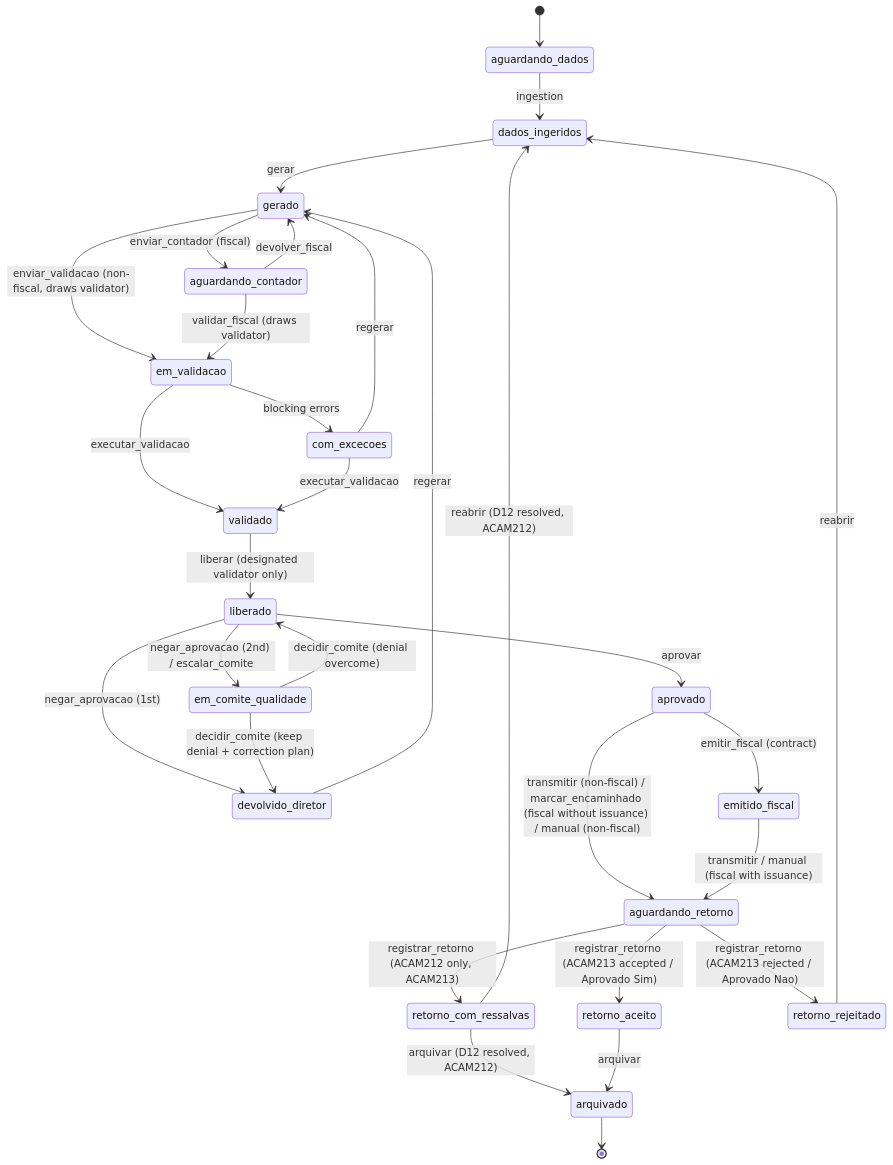
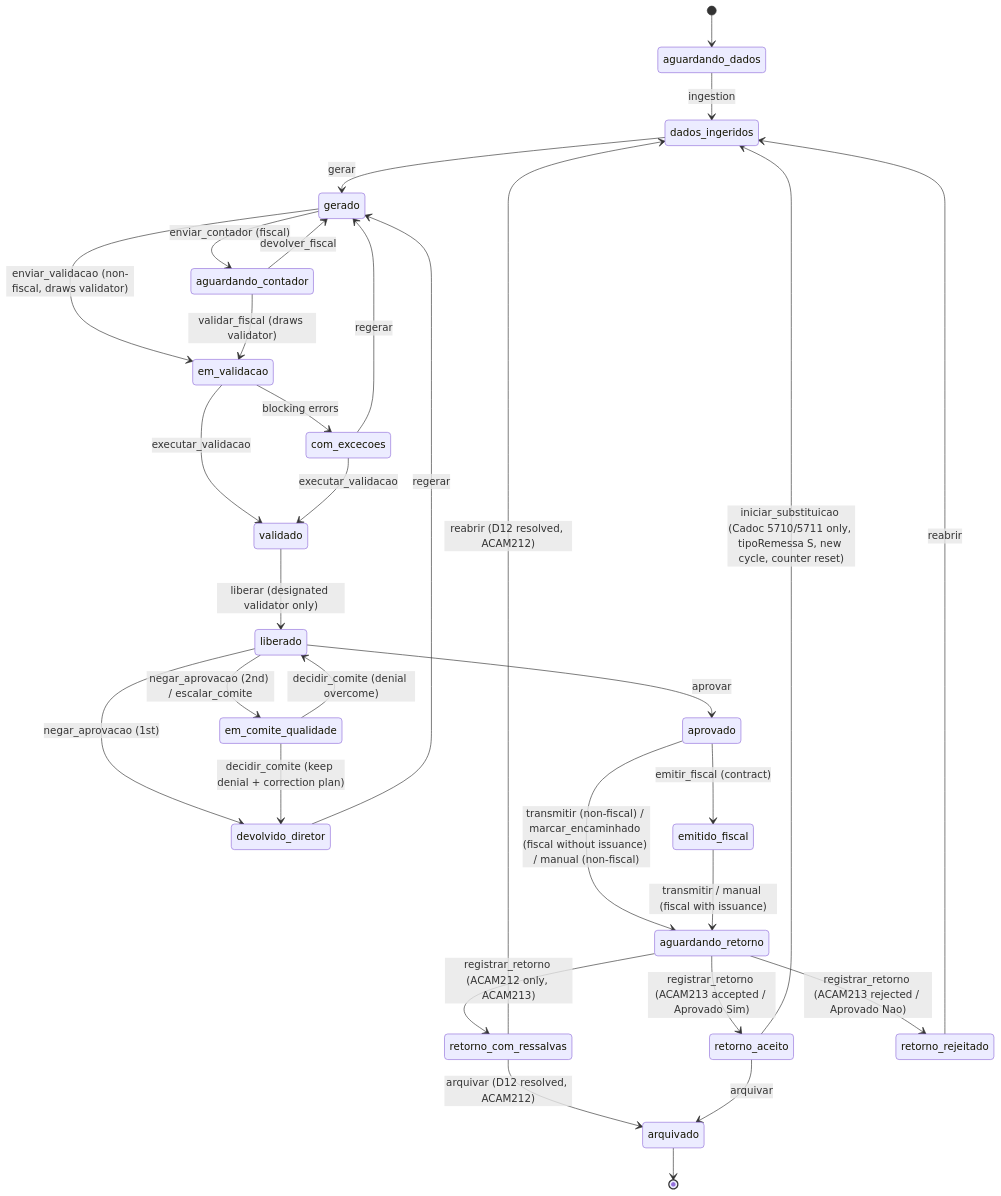
One commit to manucadev81/videnas-app changed the diagram in docs/backlog-front-approval-flow.md. Above: the diagram before and after it, drawn with Mermaid. The commit also changed other lines of this file and 22 other files, not shown here.

First line of the commit message:
feat: Cadoc substitution resets denial counter (D8) and readable labels in header, matrix and CSV

````diff
--- a/docs/backlog-front-approval-flow.md
+++ b/docs/backlog-front-approval-flow.md
@@ -154,32 +156,33 @@
 ```mermaid
 stateDiagram-v2
     [*] --> aguardando_dados
     aguardando_dados --> dados_ingeridos: ingestion
     dados_ingeridos --> gerado: gerar
     gerado --> em_validacao: enviar_validacao (non-fiscal, draws validator)
     gerado --> aguardando_contador: enviar_contador (fiscal)
     aguardando_contador --> em_validacao: validar_fiscal (draws validator)
     aguardando_contador --> gerado: devolver_fiscal
     em_validacao --> validado: executar_validacao
     em_validacao --> com_excecoes: blocking errors
     com_excecoes --> validado: executar_validacao
     com_excecoes --> gerado: regerar
     validado --> liberado: liberar (designated validator only)
     liberado --> aprovado: aprovar
     liberado --> devolvido_diretor: negar_aprovacao (1st)
     liberado --> em_comite_qualidade: negar_aprovacao (2nd) / escalar_comite
     devolvido_diretor --> gerado: regerar
     em_comite_qualidade --> devolvido_diretor: decidir_comite (keep denial + correction plan)
     em_comite_qualidade --> liberado: decidir_comite (denial overcome)
     aprovado --> emitido_fiscal: emitir_fiscal (contract)
     aprovado --> aguardando_retorno: transmitir (non-fiscal) / marcar_encaminhado (fiscal without issuance) / manual (non-fiscal)
     emitido_fiscal --> aguardando_retorno: transmitir / manual (fiscal with issuance)
     aguardando_retorno --> retorno_aceito: registrar_retorno (ACAM213 accepted / Aprovado Sim)
     aguardando_retorno --> retorno_com_ressalvas: registrar_retorno (ACAM212 only, ACAM213)
     aguardando_retorno --> retorno_rejeitado: registrar_retorno (ACAM213 rejected / Aprovado Nao)
     retorno_rejeitado --> dados_ingeridos: reabrir
     retorno_com_ressalvas --> dados_ingeridos: reabrir (D12 resolved, ACAM212)
     retorno_com_ressalvas --> arquivado: arquivar (D12 resolved, ACAM212)
     retorno_aceito --> arquivado: arquivar
+    retorno_aceito --> dados_ingeridos: iniciar_substituicao (Cadoc 5710/5711 only, tipoRemessa S, new cycle, counter reset)
     arquivado --> [*]
 ```
````
